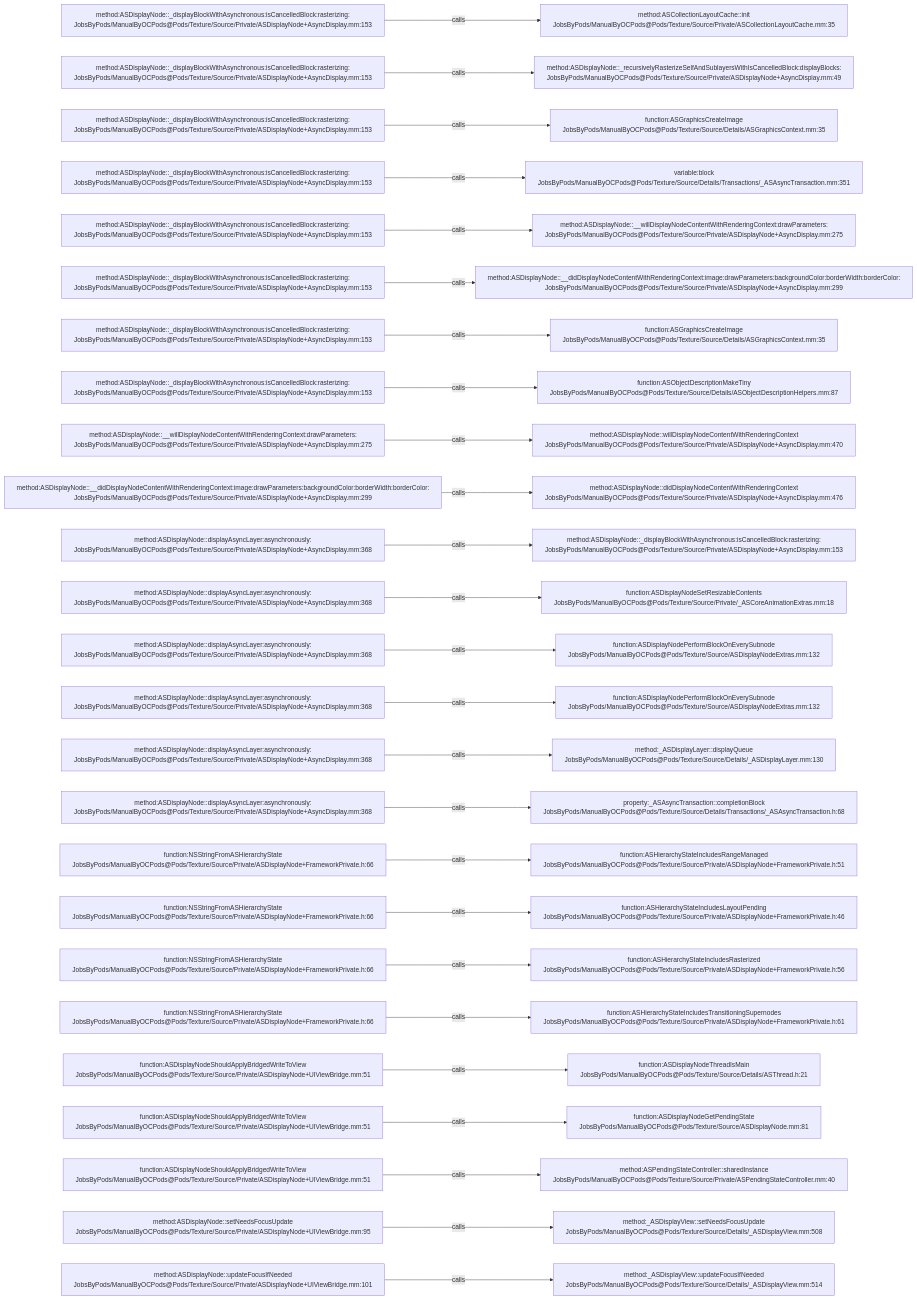
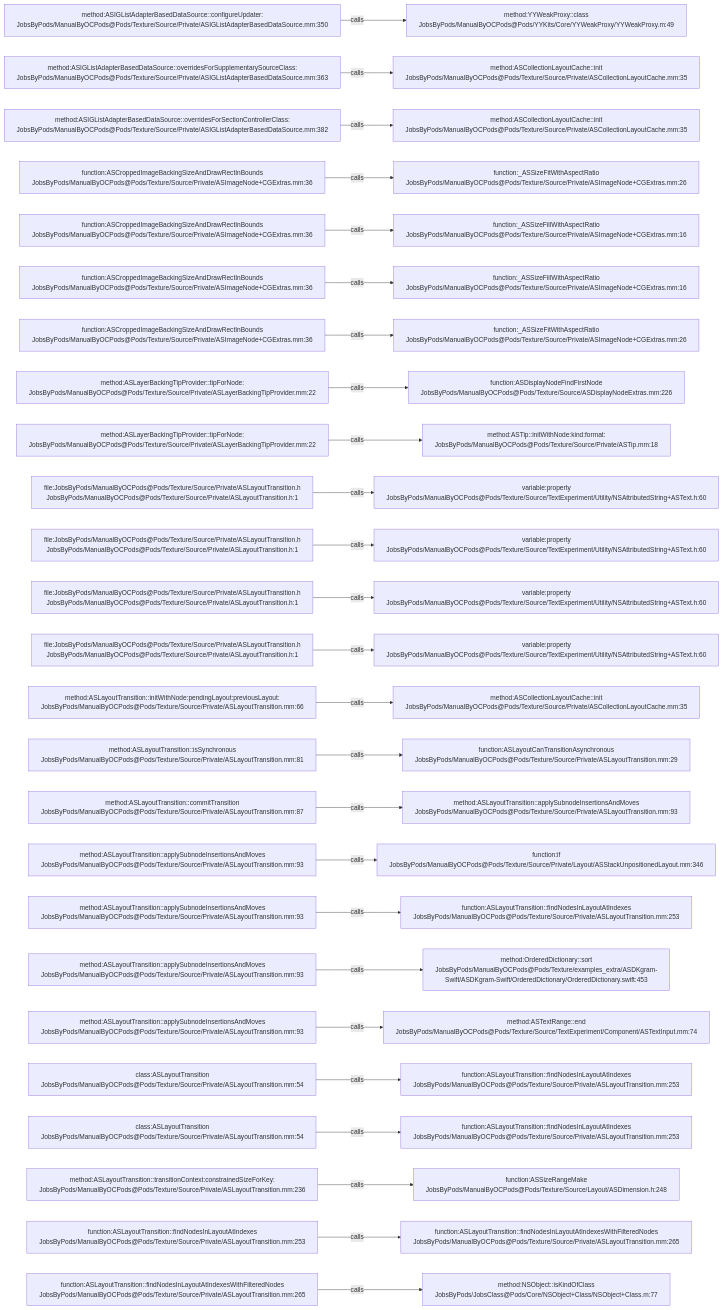
Before and after one commit to JobsKits/JobsOCBaseConfigDemo: the diagram in .codegraph/codegraph.md/graphs/calls-188.md, drawn with Mermaid. The commit also changed 1353 other files, not shown here.

````diff
--- a/.codegraph/codegraph.md/graphs/calls-188.md
+++ b/.codegraph/codegraph.md/graphs/calls-188.md
@@ -13,78 +13,78 @@
 ```mermaid
 flowchart LR
-  S1["method:ASDisplayNode::_displayBlockWithAsynchronous:isCancelledBlock:rasterizing:<br/>JobsByPods/ManualByOCPods@Pods/Texture/Source/Private/ASDisplayNode+AsyncDisplay.mm:153"]
-  T1["method:ASCollectionLayoutCache::init<br/>JobsByPods/ManualByOCPods@Pods/Texture/Source/Private/ASCollectionLayoutCache.mm:35"]
+  S1["method:ASIGListAdapterBasedDataSource::configureUpdater:<br/>JobsByPods/ManualByOCPods@Pods/Texture/Source/Private/ASIGListAdapterBasedDataSource.mm:350"]
+  T1["method:YYWeakProxy::class<br/>JobsByPods/ManualByOCPods@Pods/YYKits/Core/YYWeakProxy/YYWeakProxy.m:49"]
   S1 -->|calls| T1
-  S2["method:ASDisplayNode::_displayBlockWithAsynchronous:isCancelledBlock:rasterizing:<br/>JobsByPods/ManualByOCPods@Pods/Texture/Source/Private/ASDisplayNode+AsyncDisplay.mm:153"]
-  T2["method:ASDisplayNode::_recursivelyRasterizeSelfAndSublayersWithIsCancelledBlock:displayBlocks:<br/>JobsByPods/ManualByOCPods@Pods/Texture/Source/Private/ASDisplayNode+AsyncDisplay.mm:49"]
+  S2["method:ASIGListAdapterBasedDataSource::overridesForSupplementarySourceClass:<br/>JobsByPods/ManualByOCPods@Pods/Texture/Source/Private/ASIGListAdapterBasedDataSource.mm:363"]
+  T2["method:ASCollectionLayoutCache::init<br/>JobsByPods/ManualByOCPods@Pods/Texture/Source/Private/ASCollectionLayoutCache.mm:35"]
   S2 -->|calls| T2
-  S3["method:ASDisplayNode::_displayBlockWithAsynchronous:isCancelledBlock:rasterizing:<br/>JobsByPods/ManualByOCPods@Pods/Texture/Source/Private/ASDisplayNode+AsyncDisplay.mm:153"]
-  T3["function:ASGraphicsCreateImage<br/>JobsByPods/ManualByOCPods@Pods/Texture/Source/Details/ASGraphicsContext.mm:35"]
+  S3["method:ASIGListAdapterBasedDataSource::overridesForSectionControllerClass:<br/>JobsByPods/ManualByOCPods@Pods/Texture/Source/Private/ASIGListAdapterBasedDataSource.mm:382"]
+  T3["method:ASCollectionLayoutCache::init<br/>JobsByPods/ManualByOCPods@Pods/Texture/Source/Private/ASCollectionLayoutCache.mm:35"]
   S3 -->|calls| T3
-  S4["method:ASDisplayNode::_displayBlockWithAsynchronous:isCancelledBlock:rasterizing:<br/>JobsByPods/ManualByOCPods@Pods/Texture/Source/Private/ASDisplayNode+AsyncDisplay.mm:153"]
-  T4["variable:block<br/>JobsByPods/ManualByOCPods@Pods/Texture/Source/Details/Transactions/_ASAsyncTransaction.mm:351"]
+  S4["function:ASCroppedImageBackingSizeAndDrawRectInBounds<br/>JobsByPods/ManualByOCPods@Pods/Texture/Source/Private/ASImageNode+CGExtras.mm:36"]
+  T4["function:_ASSizeFitWithAspectRatio<br/>JobsByPods/ManualByOCPods@Pods/Texture/Source/Private/ASImageNode+CGExtras.mm:26"]
   S4 -->|calls| T4
-  S5["method:ASDisplayNode::_displayBlockWithAsynchronous:isCancelledBlock:rasterizing:<br/>JobsByPods/ManualByOCPods@Pods/Texture/Source/Private/ASDisplayNode+AsyncDisplay.mm:153"]
-  T5["method:ASDisplayNode::__willDisplayNodeContentWithRenderingContext:drawParameters:<br/>JobsByPods/ManualByOCPods@Pods/Texture/Source/Private/ASDisplayNode+AsyncDisplay.mm:275"]
+  S5["function:ASCroppedImageBackingSizeAndDrawRectInBounds<br/>JobsByPods/ManualByOCPods@Pods/Texture/Source/Private/ASImageNode+CGExtras.mm:36"]
+  T5["function:_ASSizeFillWithAspectRatio<br/>JobsByPods/ManualByOCPods@Pods/Texture/Source/Private/ASImageNode+CGExtras.mm:16"]
   S5 -->|calls| T5
-  S6["method:ASDisplayNode::_displayBlockWithAsynchronous:isCancelledBlock:rasterizing:<br/>JobsByPods/ManualByOCPods@Pods/Texture/Source/Private/ASDisplayNode+AsyncDisplay.mm:153"]
-  T6["method:ASDisplayNode::__didDisplayNodeContentWithRenderingContext:image:drawParameters:backgroundColor:borderWidth:borderColor:<br/>JobsByPods/ManualByOCPods@Pods/Texture/Source/Private/ASDisplayNode+AsyncDisplay.mm:299"]
+  S6["function:ASCroppedImageBackingSizeAndDrawRectInBounds<br/>JobsByPods/ManualByOCPods@Pods/Texture/Source/Private/ASImageNode+CGExtras.mm:36"]
+  T6["function:_ASSizeFillWithAspectRatio<br/>JobsByPods/ManualByOCPods@Pods/Texture/Source/Private/ASImageNode+CGExtras.mm:16"]
   S6 -->|calls| T6
-  S7["method:ASDisplayNode::_displayBlockWithAsynchronous:isCancelledBlock:rasterizing:<br/>JobsByPods/ManualByOCPods@Pods/Texture/Source/Private/ASDisplayNode+AsyncDisplay.mm:153"]
-  T7["function:ASGraphicsCreateImage<br/>JobsByPods/ManualByOCPods@Pods/Texture/Source/Details/ASGraphicsContext.mm:35"]
+  S7["function:ASCroppedImageBackingSizeAndDrawRectInBounds<br/>JobsByPods/ManualByOCPods@Pods/Texture/Source/Private/ASImageNode+CGExtras.mm:36"]
+  T7["function:_ASSizeFitWithAspectRatio<br/>JobsByPods/ManualByOCPods@Pods/Texture/Source/Private/ASImageNode+CGExtras.mm:26"]
   S7 -->|calls| T7
-  S8["method:ASDisplayNode::_displayBlockWithAsynchronous:isCancelledBlock:rasterizing:<br/>JobsByPods/ManualByOCPods@Pods/Texture/Source/Private/ASDisplayNode+AsyncDisplay.mm:153"]
-  T8["function:ASObjectDescriptionMakeTiny<br/>JobsByPods/ManualByOCPods@Pods/Texture/Source/Details/ASObjectDescriptionHelpers.mm:87"]
+  S8["method:ASLayerBackingTipProvider::tipForNode:<br/>JobsByPods/ManualByOCPods@Pods/Texture/Source/Private/ASLayerBackingTipProvider.mm:22"]
+  T8["function:ASDisplayNodeFindFirstNode<br/>JobsByPods/ManualByOCPods@Pods/Texture/Source/ASDisplayNodeExtras.mm:226"]
   S8 -->|calls| T8
-  S9["method:ASDisplayNode::__willDisplayNodeContentWithRenderingContext:drawParameters:<br/>JobsByPods/ManualByOCPods@Pods/Texture/Source/Private/ASDisplayNode+AsyncDisplay.mm:275"]
-  T9["method:ASDisplayNode::willDisplayNodeContentWithRenderingContext<br/>JobsByPods/ManualByOCPods@Pods/Texture/Source/Private/ASDisplayNode+AsyncDisplay.mm:470"]
+  S9["method:ASLayerBackingTipProvider::tipForNode:<br/>JobsByPods/ManualByOCPods@Pods/Texture/Source/Private/ASLayerBackingTipProvider.mm:22"]
+  T9["method:ASTip::initWithNode:kind:format:<br/>JobsByPods/ManualByOCPods@Pods/Texture/Source/Private/ASTip.mm:18"]
   S9 -->|calls| T9
-  S10["method:ASDisplayNode::__didDisplayNodeContentWithRenderingContext:image:drawParameters:backgroundColor:borderWidth:borderColor:<br/>JobsByPods/ManualByOCPods@Pods/Texture/Source/Private/ASDisplayNode+AsyncDisplay.mm:299"]
-  T10["method:ASDisplayNode::didDisplayNodeContentWithRenderingContext<br/>JobsByPods/ManualByOCPods@Pods/Texture/Source/Private/ASDisplayNode+AsyncDisplay.mm:476"]
+  S10["file:JobsByPods/ManualByOCPods@Pods/Texture/Source/Private/ASLayoutTransition.h<br/>JobsByPods/ManualByOCPods@Pods/Texture/Source/Private/ASLayoutTransition.h:1"]
+  T10["variable:property<br/>JobsByPods/ManualByOCPods@Pods/Texture/Source/TextExperiment/Utility/NSAttributedString+ASText.h:60"]
   S10 -->|calls| T10
-  S11["method:ASDisplayNode::displayAsyncLayer:asynchronously:<br/>JobsByPods/ManualByOCPods@Pods/Texture/Source/Private/ASDisplayNode+AsyncDisplay.mm:368"]
-  T11["method:ASDisplayNode::_displayBlockWithAsynchronous:isCancelledBlock:rasterizing:<br/>JobsByPods/ManualByOCPods@Pods/Texture/Source/Private/ASDisplayNode+AsyncDisplay.mm:153"]
+  S11["file:JobsByPods/ManualByOCPods@Pods/Texture/Source/Private/ASLayoutTransition.h<br/>JobsByPods/ManualByOCPods@Pods/Texture/Source/Private/ASLayoutTransition.h:1"]
+  T11["variable:property<br/>JobsByPods/ManualByOCPods@Pods/Texture/Source/TextExperiment/Utility/NSAttributedString+ASText.h:60"]
   S11 -->|calls| T11
-  S12["method:ASDisplayNode::displayAsyncLayer:asynchronously:<br/>JobsByPods/ManualByOCPods@Pods/Texture/Source/Private/ASDisplayNode+AsyncDisplay.mm:368"]
-  T12["function:ASDisplayNodeSetResizableContents<br/>JobsByPods/ManualByOCPods@Pods/Texture/Source/Private/_ASCoreAnimationExtras.mm:18"]
+  S12["file:JobsByPods/ManualByOCPods@Pods/Texture/Source/Private/ASLayoutTransition.h<br/>JobsByPods/ManualByOCPods@Pods/Texture/Source/Private/ASLayoutTransition.h:1"]
+  T12["variable:property<br/>JobsByPods/ManualByOCPods@Pods/Texture/Source/TextExperiment/Utility/NSAttributedString+ASText.h:60"]
   S12 -->|calls| T12
-  S13["method:ASDisplayNode::displayAsyncLayer:asynchronously:<br/>JobsByPods/ManualByOCPods@Pods/Texture/Source/Private/ASDisplayNode+AsyncDisplay.mm:368"]
-  T13["function:ASDisplayNodePerformBlockOnEverySubnode<br/>JobsByPods/ManualByOCPods@Pods/Texture/Source/ASDisplayNodeExtras.mm:132"]
+  S13["file:JobsByPods/ManualByOCPods@Pods/Texture/Source/Private/ASLayoutTransition.h<br/>JobsByPods/ManualByOCPods@Pods/Texture/Source/Private/ASLayoutTransition.h:1"]
+  T13["variable:property<br/>JobsByPods/ManualByOCPods@Pods/Texture/Source/TextExperiment/Utility/NSAttributedString+ASText.h:60"]
   S13 -->|calls| T13
-  S14["method:ASDisplayNode::displayAsyncLayer:asynchronously:<br/>JobsByPods/ManualByOCPods@Pods/Texture/Source/Private/ASDisplayNode+AsyncDisplay.mm:368"]
-  T14["function:ASDisplayNodePerformBlockOnEverySubnode<br/>JobsByPods/ManualByOCPods@Pods/Texture/Source/ASDisplayNodeExtras.mm:132"]
+  S14["method:ASLayoutTransition::initWithNode:pendingLayout:previousLayout:<br/>JobsByPods/ManualByOCPods@Pods/Texture/Source/Private/ASLayoutTransition.mm:66"]
+  T14["method:ASCollectionLayoutCache::init<br/>JobsByPods/ManualByOCPods@Pods/Texture/Source/Private/ASCollectionLayoutCache.mm:35"]
   S14 -->|calls| T14
-  S15["method:ASDisplayNode::displayAsyncLayer:asynchronously:<br/>JobsByPods/ManualByOCPods@Pods/Texture/Source/Private/ASDisplayNode+AsyncDisplay.mm:368"]
-  T15["method:_ASDisplayLayer::displayQueue<br/>JobsByPods/ManualByOCPods@Pods/Texture/Source/Details/_ASDisplayLayer.mm:130"]
+  S15["method:ASLayoutTransition::isSynchronous<br/>JobsByPods/ManualByOCPods@Pods/Texture/Source/Private/ASLayoutTransition.mm:81"]
+  T15["function:ASLayoutCanTransitionAsynchronous<br/>JobsByPods/ManualByOCPods@Pods/Texture/Source/Private/ASLayoutTransition.mm:29"]
   S15 -->|calls| T15
-  S16["method:ASDisplayNode::displayAsyncLayer:asynchronously:<br/>JobsByPods/ManualByOCPods@Pods/Texture/Source/Private/ASDisplayNode+AsyncDisplay.mm:368"]
-  T16["property:_ASAsyncTransaction::completionBlock<br/>JobsByPods/ManualByOCPods@Pods/Texture/Source/Details/Transactions/_ASAsyncTransaction.h:68"]
+  S16["method:ASLayoutTransition::commitTransition<br/>JobsByPods/ManualByOCPods@Pods/Texture/Source/Private/ASLayoutTransition.mm:87"]
+  T16["method:ASLayoutTransition::applySubnodeInsertionsAndMoves<br/>JobsByPods/ManualByOCPods@Pods/Texture/Source/Private/ASLayoutTransition.mm:93"]
   S16 -->|calls| T16
-  S17["function:NSStringFromASHierarchyState<br/>JobsByPods/ManualByOCPods@Pods/Texture/Source/Private/ASDisplayNode+FrameworkPrivate.h:66"]
-  T17["function:ASHierarchyStateIncludesRangeManaged<br/>JobsByPods/ManualByOCPods@Pods/Texture/Source/Private/ASDisplayNode+FrameworkPrivate.h:51"]
+  S17["method:ASLayoutTransition::applySubnodeInsertionsAndMoves<br/>JobsByPods/ManualByOCPods@Pods/Texture/Source/Private/ASLayoutTransition.mm:93"]
+  T17["function:if<br/>JobsByPods/ManualByOCPods@Pods/Texture/Source/Private/Layout/ASStackUnpositionedLayout.mm:346"]
   S17 -->|calls| T17
-  S18["function:NSStringFromASHierarchyState<br/>JobsByPods/ManualByOCPods@Pods/Texture/Source/Private/ASDisplayNode+FrameworkPrivate.h:66"]
-  T18["function:ASHierarchyStateIncludesLayoutPending<br/>JobsByPods/ManualByOCPods@Pods/Texture/Source/Private/ASDisplayNode+FrameworkPrivate.h:46"]
+  S18["method:ASLayoutTransition::applySubnodeInsertionsAndMoves<br/>JobsByPods/ManualByOCPods@Pods/Texture/Source/Private/ASLayoutTransition.mm:93"]
+  T18["function:ASLayoutTransition::findNodesInLayoutAtIndexes<br/>JobsByPods/ManualByOCPods@Pods/Texture/Source/Private/ASLayoutTransition.mm:253"]
   S18 -->|calls| T18
-  S19["function:NSStringFromASHierarchyState<br/>JobsByPods/ManualByOCPods@Pods/Texture/Source/Private/ASDisplayNode+FrameworkPrivate.h:66"]
-  T19["function:ASHierarchyStateIncludesRasterized<br/>JobsByPods/ManualByOCPods@Pods/Texture/Source/Private/ASDisplayNode+FrameworkPrivate.h:56"]
+  S19["method:ASLayoutTransition::applySubnodeInsertionsAndMoves<br/>JobsByPods/ManualByOCPods@Pods/Texture/Source/Private/ASLayoutTransition.mm:93"]
+  T19["method:OrderedDictionary::sort<br/>JobsByPods/ManualByOCPods@Pods/Texture/examples_extra/ASDKgram-Swift/ASDKgram-Swift/OrderedDictionary/OrderedDictionary.swift:453"]
   S19 -->|calls| T19
-  S20["function:NSStringFromASHierarchyState<br/>JobsByPods/ManualByOCPods@Pods/Texture/Source/Private/ASDisplayNode+FrameworkPrivate.h:66"]
-  T20["function:ASHierarchyStateIncludesTransitioningSupernodes<br/>JobsByPods/ManualByOCPods@Pods/Texture/Source/Private/ASDisplayNode+FrameworkPrivate.h:61"]
+  S20["method:ASLayoutTransition::applySubnodeInsertionsAndMoves<br/>JobsByPods/ManualByOCPods@Pods/Texture/Source/Private/ASLayoutTransition.mm:93"]
+  T20["method:ASTextRange::end<br/>JobsByPods/ManualByOCPods@Pods/Texture/Source/TextExperiment/Component/ASTextInput.mm:74"]
   S20 -->|calls| T20
-  S21["function:ASDisplayNodeShouldApplyBridgedWriteToView<br/>JobsByPods/ManualByOCPods@Pods/Texture/Source/Private/ASDisplayNode+UIViewBridge.mm:51"]
-  T21["function:ASDisplayNodeThreadIsMain<br/>JobsByPods/ManualByOCPods@Pods/Texture/Source/Details/ASThread.h:21"]
+  S21["class:ASLayoutTransition<br/>JobsByPods/ManualByOCPods@Pods/Texture/Source/Private/ASLayoutTransition.mm:54"]
+  T21["function:ASLayoutTransition::findNodesInLayoutAtIndexes<br/>JobsByPods/ManualByOCPods@Pods/Texture/Source/Private/ASLayoutTransition.mm:253"]
   S21 -->|calls| T21
-  S22["function:ASDisplayNodeShouldApplyBridgedWriteToView<br/>JobsByPods/ManualByOCPods@Pods/Texture/Source/Private/ASDisplayNode+UIViewBridge.mm:51"]
-  T22["function:ASDisplayNodeGetPendingState<br/>JobsByPods/ManualByOCPods@Pods/Texture/Source/ASDisplayNode.mm:81"]
+  S22["class:ASLayoutTransition<br/>JobsByPods/ManualByOCPods@Pods/Texture/Source/Private/ASLayoutTransition.mm:54"]
+  T22["function:ASLayoutTransition::findNodesInLayoutAtIndexes<br/>JobsByPods/ManualByOCPods@Pods/Texture/Source/Private/ASLayoutTransition.mm:253"]
   S22 -->|calls| T22
-  S23["function:ASDisplayNodeShouldApplyBridgedWriteToView<br/>JobsByPods/ManualByOCPods@Pods/Texture/Source/Private/ASDisplayNode+UIViewBridge.mm:51"]
-  T23["method:ASPendingStateController::sharedInstance<br/>JobsByPods/ManualByOCPods@Pods/Texture/Source/Private/ASPendingStateController.mm:40"]
+  S23["method:ASLayoutTransition::transitionContext:constrainedSizeForKey:<br/>JobsByPods/ManualByOCPods@Pods/Texture/Source/Private/ASLayoutTransition.mm:236"]
+  T23["function:ASSizeRangeMake<br/>JobsByPods/ManualByOCPods@Pods/Texture/Source/Layout/ASDimension.h:248"]
   S23 -->|calls| T23
-  S24["method:ASDisplayNode::setNeedsFocusUpdate<br/>JobsByPods/ManualByOCPods@Pods/Texture/Source/Private/ASDisplayNode+UIViewBridge.mm:95"]
-  T24["method:_ASDisplayView::setNeedsFocusUpdate<br/>JobsByPods/ManualByOCPods@Pods/Texture/Source/Details/_ASDisplayView.mm:508"]
+  S24["function:ASLayoutTransition::findNodesInLayoutAtIndexes<br/>JobsByPods/ManualByOCPods@Pods/Texture/Source/Private/ASLayoutTransition.mm:253"]
+  T24["function:ASLayoutTransition::findNodesInLayoutAtIndexesWithFilteredNodes<br/>JobsByPods/ManualByOCPods@Pods/Texture/Source/Private/ASLayoutTransition.mm:265"]
   S24 -->|calls| T24
-  S25["method:ASDisplayNode::updateFocusIfNeeded<br/>JobsByPods/ManualByOCPods@Pods/Texture/Source/Private/ASDisplayNode+UIViewBridge.mm:101"]
-  T25["method:_ASDisplayView::updateFocusIfNeeded<br/>JobsByPods/ManualByOCPods@Pods/Texture/Source/Details/_ASDisplayView.mm:514"]
+  S25["function:ASLayoutTransition::findNodesInLayoutAtIndexesWithFilteredNodes<br/>JobsByPods/ManualByOCPods@Pods/Texture/Source/Private/ASLayoutTransition.mm:265"]
+  T25["method:NSObject::isKindOfClass<br/>JobsByPods/JobsClass@Pods/Core/NSObject+Class/NSObject+Class.m:77"]
   S25 -->|calls| T25
 ```
````
